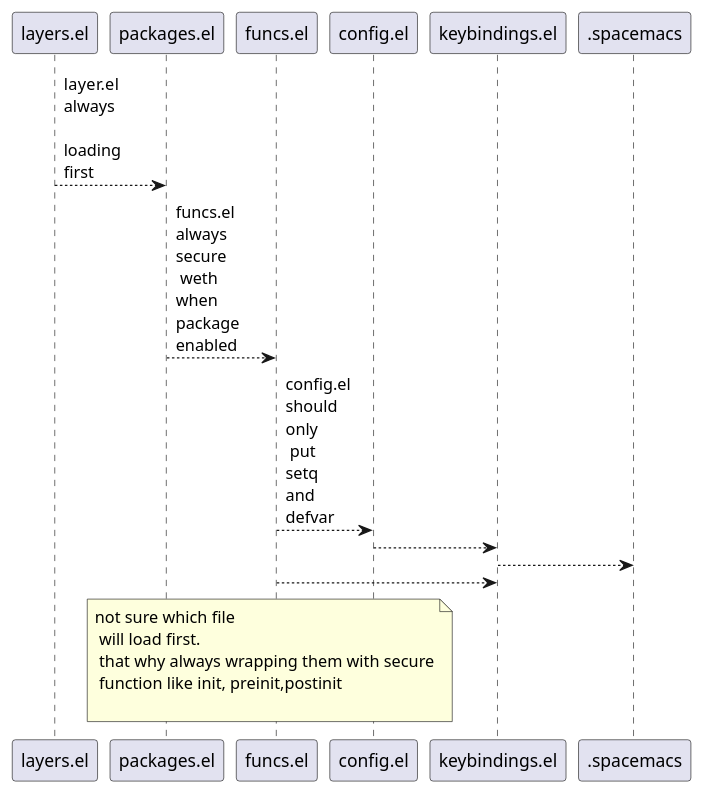
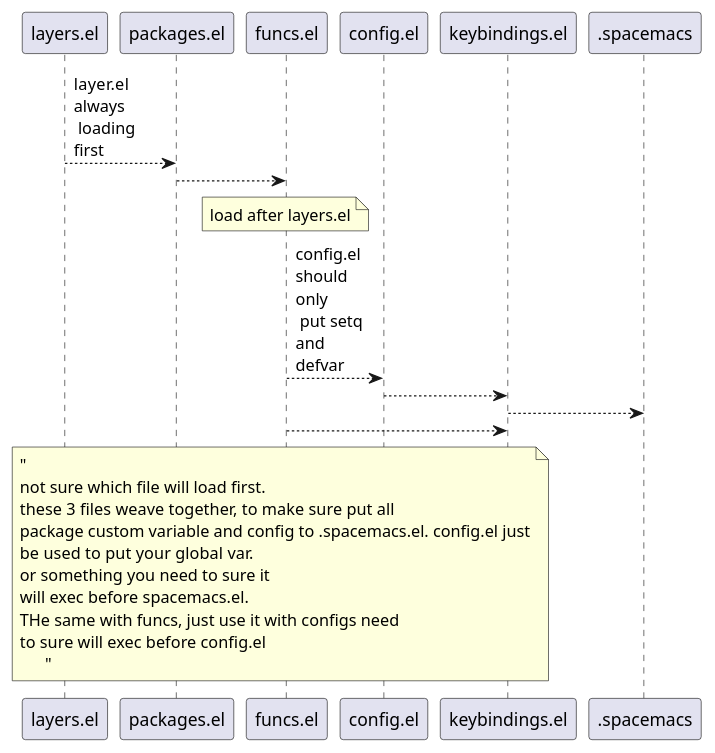
One commit to nhannht/david changed the diagram in README.org. Above: the diagram before and after it, drawn with PlantUML. The commit also changed other lines of this file and 2 other files, not shown here.

Commit message:
small fix

```diff
--- a/README.org
+++ b/README.org
@@ -1,12 +1,25 @@
 #+begin_src plantuml :file /ssh:gc-sing:/home/larva/.emacs.d/private/david/_assets/img/loading.svg :dir /ssh:gc-sing:/home/larva/.emacs.d/private/david/ :exports none 
-    'loading in spacemacs layer  
-skinparam maxMessageSize 40
-    layers.el --> packages.el :layer.el always\n loading first
-    packages.el --> funcs.el : funcs.el always secure\n weth when package enabled
+  'loading in spacemacs layer  
+  skinparam maxMessageSize 60
+  layers.el --> packages.el :layer.el always\n loading first
+  packages.el --> funcs.el 
+note over funcs.el : load after layers.el
   '  packages.el --> keybindings.el : 
-    funcs.el --> config.el :config.el should only\n put setq and defvar
-    config.el --> keybindings.el
-    keybindings.el --> .spacemacs
-      funcs.el --> keybindings.el
-    note over "packages.el", config.el: not sure which file\n will load first.\n that why always wrapping them with secure\n function like init, preinit,postinit\n
-#+end_src
+  funcs.el --> config.el :config.el should only\n put setq and defvar
+  config.el --> keybindings.el
+  keybindings.el --> .spacemacs
+  funcs.el --> keybindings.el
+  note over "packages.el", config.el
+  "
+  not sure which file will load first.
+  these 3 files weave together, to make sure put all 
+  package custom variable and config to .spacemacs.el. config.el just
+  be used to put your global var. 
+  or something you need to sure it
+  will exec before spacemacs.el. 
+  THe same with funcs, just use it with configs need
+  to sure will exec before config.el
+        "
+  endnote
+
+    #+end_src
```
